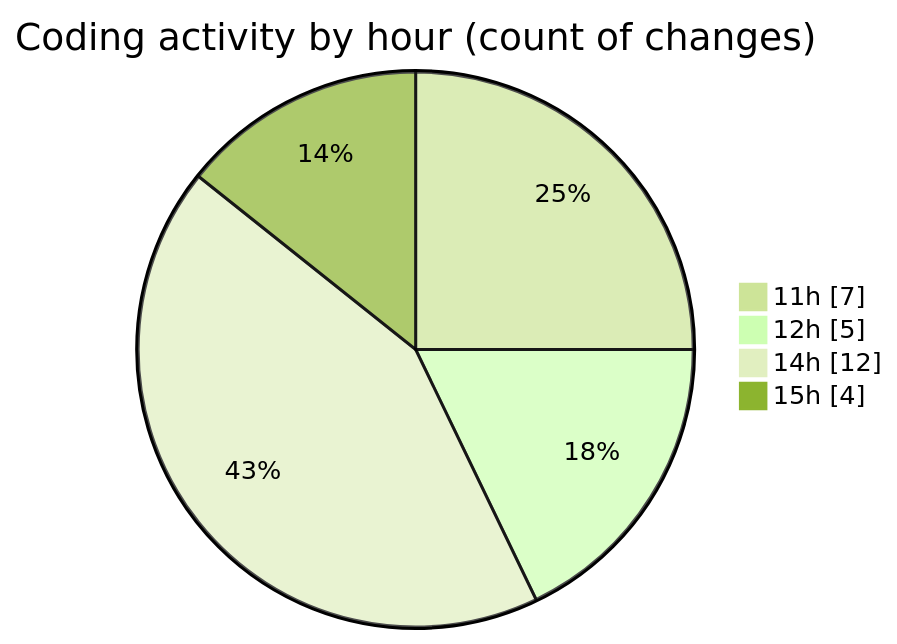
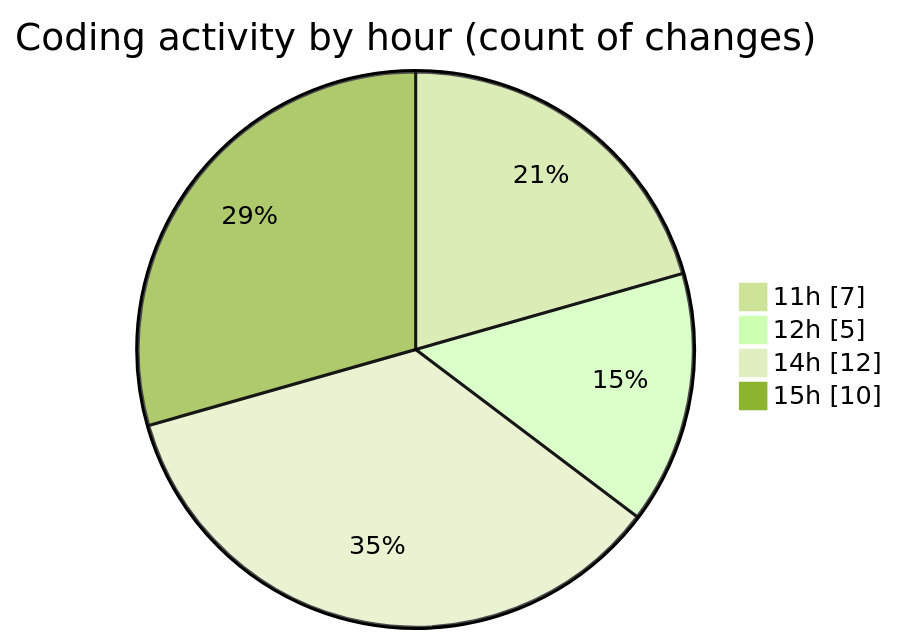
One commit to debugP/code-tracking changed the second of 2 diagrams in 2025-10-22/untitled__workspace_/README.md. Above: the diagram before and after it, drawn with Mermaid (forest theme). The commit also changed other lines of this file and 1 other file, not shown here.

````diff
--- a/2025-10-22/untitled__workspace_/README.md
+++ b/2025-10-22/untitled__workspace_/README.md
@@ -28,8 +30,8 @@
 ```mermaid
 pie showData
 title Coding activity by hour (count of changes)
 "11h" : 7
 "12h" : 5
 "14h" : 12
-"15h" : 4
+"15h" : 10
 ```
````
